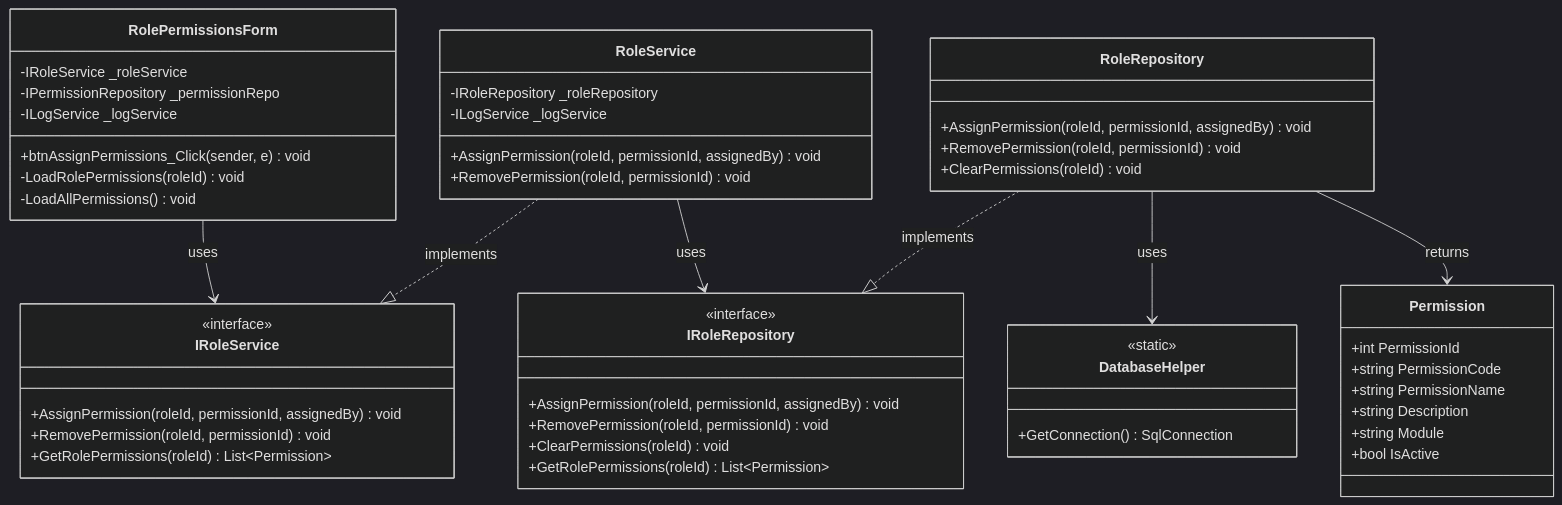
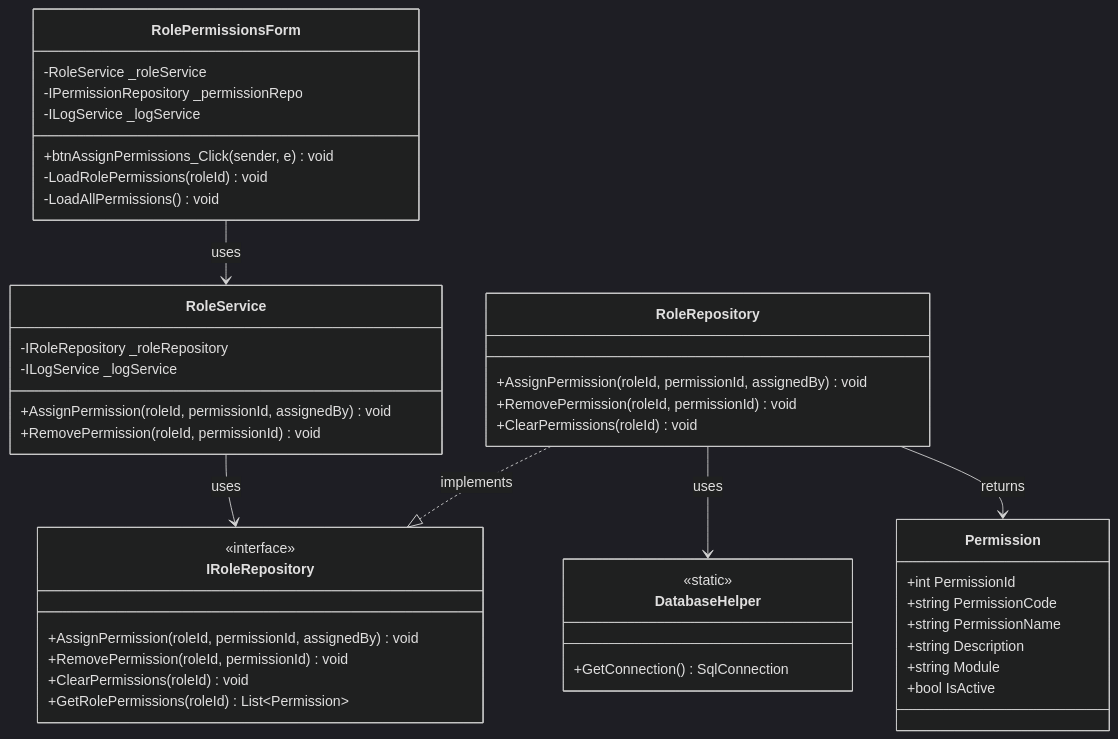
The fifth of 18 diagrams in Documentation/UML_Diagrams/20_Roles_UseCases.md (nahuk86/tp_diploma_nk_2026), drawn with Mermaid (dark theme) before and after one commit. The commit also changed other lines of this file and 1 other file, not shown here.

First line of the commit message:
docs: remove non-existent IUserService and IRoleService interface references

````diff
--- a/Documentation/UML_Diagrams/20_Roles_UseCases.md
+++ b/Documentation/UML_Diagrams/20_Roles_UseCases.md
@@ -199,60 +179,52 @@
 ```mermaid
 classDiagram
     class RolePermissionsForm {
-        -IRoleService _roleService
+        -RoleService _roleService
         -IPermissionRepository _permissionRepo
         -ILogService _logService
         +btnAssignPermissions_Click(sender, e) void
         -LoadRolePermissions(roleId) void
         -LoadAllPermissions() void
-    }
-
-    class IRoleService {
-        <<interface>>
-        +AssignPermission(roleId, permissionId, assignedBy) void
-        +RemovePermission(roleId, permissionId) void
-        +GetRolePermissions(roleId) List~Permission~
     }
 
     class RoleService {
         -IRoleRepository _roleRepository
         -ILogService _logService
         +AssignPermission(roleId, permissionId, assignedBy) void
         +RemovePermission(roleId, permissionId) void
     }
 
     class IRoleRepository {
         <<interface>>
         +AssignPermission(roleId, permissionId, assignedBy) void
         +RemovePermission(roleId, permissionId) void
         +ClearPermissions(roleId) void
         +GetRolePermissions(roleId) List~Permission~
     }
 
     class RoleRepository {
         +AssignPermission(roleId, permissionId, assignedBy) void
         +RemovePermission(roleId, permissionId) void
         +ClearPermissions(roleId) void
     }
 
     class DatabaseHelper {
         <<static>>
         +GetConnection() SqlConnection
     }
 
     class Permission {
         +int PermissionId
         +string PermissionCode
         +string PermissionName
         +string Description
         +string Module
         +bool IsActive
     }
 
-    RolePermissionsForm --> IRoleService : uses
-    RoleService ..|> IRoleService : implements
+    RolePermissionsForm --> RoleService : uses
     RoleService --> IRoleRepository : uses
     RoleRepository ..|> IRoleRepository : implements
     RoleRepository --> DatabaseHelper : uses
     RoleRepository --> Permission : returns
 ```
````
